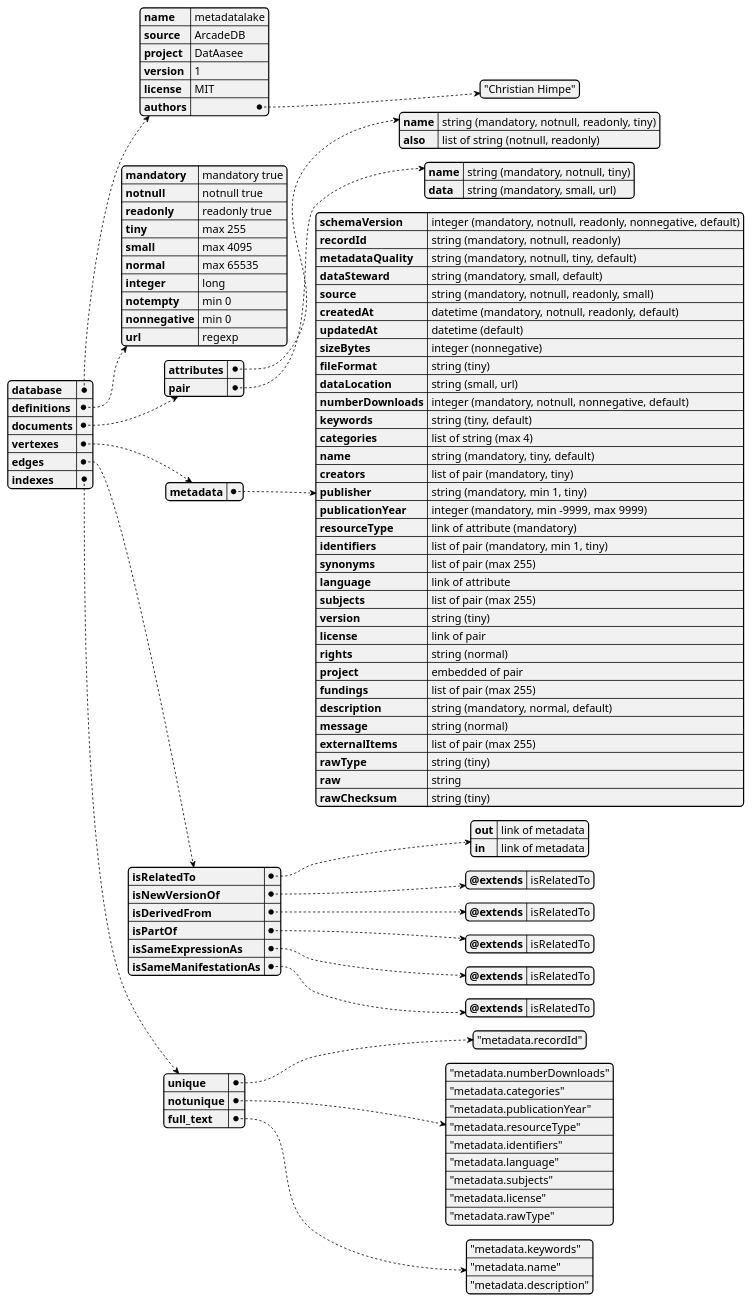
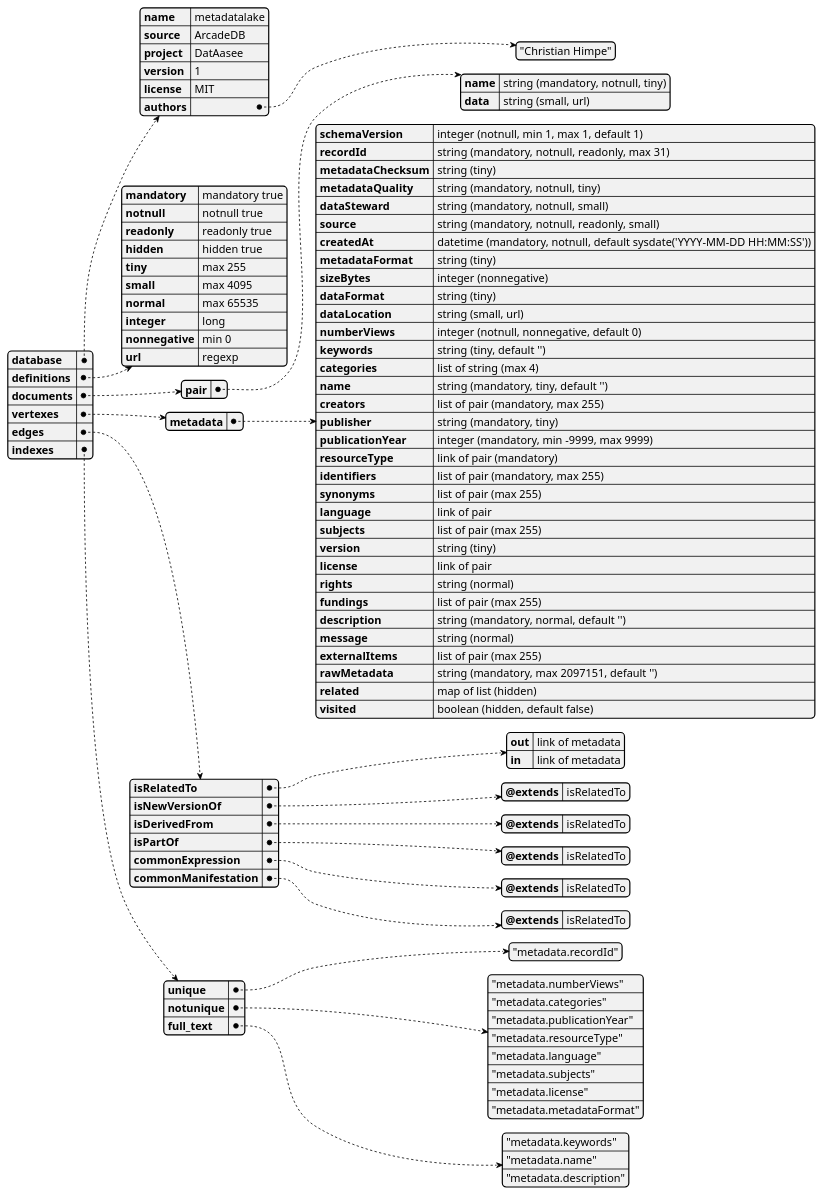
The diagram in docs/schema.md (ulbmuenster/dataasee), drawn with PlantUML before and after one commit. The commit also changed 142 other files, not shown here.

```diff
--- a/docs/schema.md
+++ b/docs/schema.md
@@ -14,70 +14,68 @@
   mandatory: "mandatory true"
   notnull: "notnull true"
   readonly: "readonly true"
+  hidden: "hidden true"
   tiny: "max 255"
   small: "max 4095"
   normal: "max 65535"
   integer: "long"
-  notempty: "min 0"
   nonnegative: "min 0"
   url: "regexp"
 
 documents:
-  attributes:
-    name: "string (mandatory, notnull, readonly, tiny)"
-    also: "list of string (notnull, readonly)"
-
   pair:
     name: "string (mandatory, notnull, tiny)"
-    data: "string (mandatory, small, url)"
+    data: "string (small, url)"
 
 vertexes:
   metadata:
 
     # Process
-    schemaVersion: "integer (mandatory, notnull, readonly, nonnegative, default)"
-    recordId: "string (mandatory, notnull, readonly)"
-    metadataQuality: "string (mandatory, notnull, tiny, default)"
-    dataSteward: "string (mandatory, small, default)"
+    schemaVersion: "integer (notnull, min 1, max 1, default 1)"
+    recordId: "string (mandatory, notnull, readonly, max 31)"
+    metadataChecksum: "string (tiny)"
+    metadataQuality: "string (mandatory, notnull, tiny)"
+    dataSteward: "string (mandatory, notnull, small)"
     source: "string (mandatory, notnull, readonly, small)"
-    createdAt: "datetime (mandatory, notnull, readonly, default)"
-    updatedAt: "datetime (default)"
+    createdAt: "datetime (mandatory, notnull, default sysdate('YYYY-MM-DD HH:MM:SS'))"
 
     # Technical
+    metadataFormat: "string (tiny)"
     sizeBytes: "integer (nonnegative)"
-    fileFormat: "string (tiny)"
+    dataFormat: "string (tiny)"
     dataLocation: "string (small, url)"
 
     # Social
-    numberDownloads: "integer (mandatory, notnull, nonnegative, default)"
-    keywords: "string (tiny, default)"
+    numberViews: "integer (notnull, nonnegative, default 0)"
+    keywords: "string (tiny, default '')"
     categories: "list of string (max 4)"
 
     # Descriptive (Mandatory)
-    name: "string (mandatory, tiny, default)"
-    creators: "list of pair (mandatory, tiny)"
-    publisher: "string (mandatory, min 1, tiny)"
+    name: "string (mandatory, tiny, default '')"
+    creators: "list of pair (mandatory, max 255)"
+    publisher: "string (mandatory, tiny)"
     publicationYear: "integer (mandatory, min -9999, max 9999)"
-    resourceType: "link of attribute (mandatory)"
-    identifiers: "list of pair (mandatory, min 1, tiny)"
+    resourceType: "link of pair (mandatory)"
+    identifiers: "list of pair (mandatory, max 255)"
 
     # Descriptive (Optional)
     synonyms: "list of pair (max 255)"
-    language: "link of attribute"
+    language: "link of pair"
     subjects: "list of pair (max 255)"
     version: "string (tiny)"
     license: "link of pair"
     rights: "string (normal)"
-    project: "embedded of pair"
     fundings: "list of pair (max 255)"
-    description: "string (mandatory, normal, default)"
+    description: "string (mandatory, normal, default '')"
     message: "string (normal)"
     externalItems: "list of pair (max 255)"
 
     # Raw Metadata
-    rawType: "string (tiny)"
-    raw: "string"
-    rawChecksum: "string (tiny)"
+    rawMetadata: "string (mandatory, max 2097151, default '')"
+
+    # Internal
+    related: "map of list (hidden)"
+    visited: "boolean (hidden, default false)"
 
 edges:
   isRelatedTo:
@@ -93,10 +91,10 @@
   isPartOf:
     @extends: "isRelatedTo"
 
-  isSameExpressionAs:
+  commonExpression:
     @extends: "isRelatedTo"
 
-  isSameManifestationAs:
+  commonManifestation:
     @extends: "isRelatedTo"
 
 indexes:
@@ -104,15 +102,14 @@
     - "metadata.recordId"
 
   notunique:
-    - "metadata.numberDownloads"
+    - "metadata.numberViews"
     - "metadata.categories"
     - "metadata.publicationYear"
     - "metadata.resourceType"
-    - "metadata.identifiers"
     - "metadata.language"
     - "metadata.subjects"
     - "metadata.license"
-    - "metadata.rawType"
+    - "metadata.metadataFormat"
 
   full_text:
     - "metadata.keywords"
```
